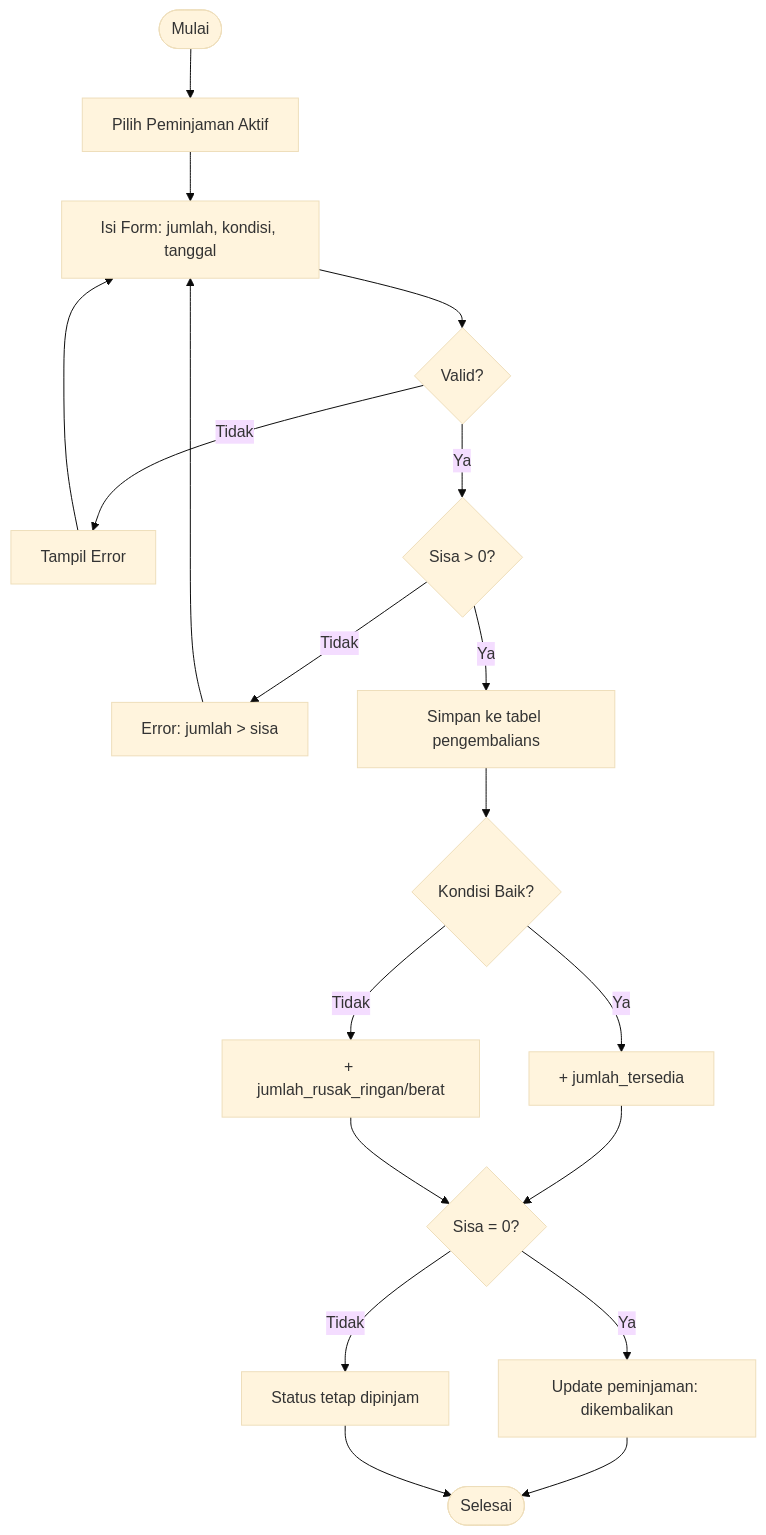
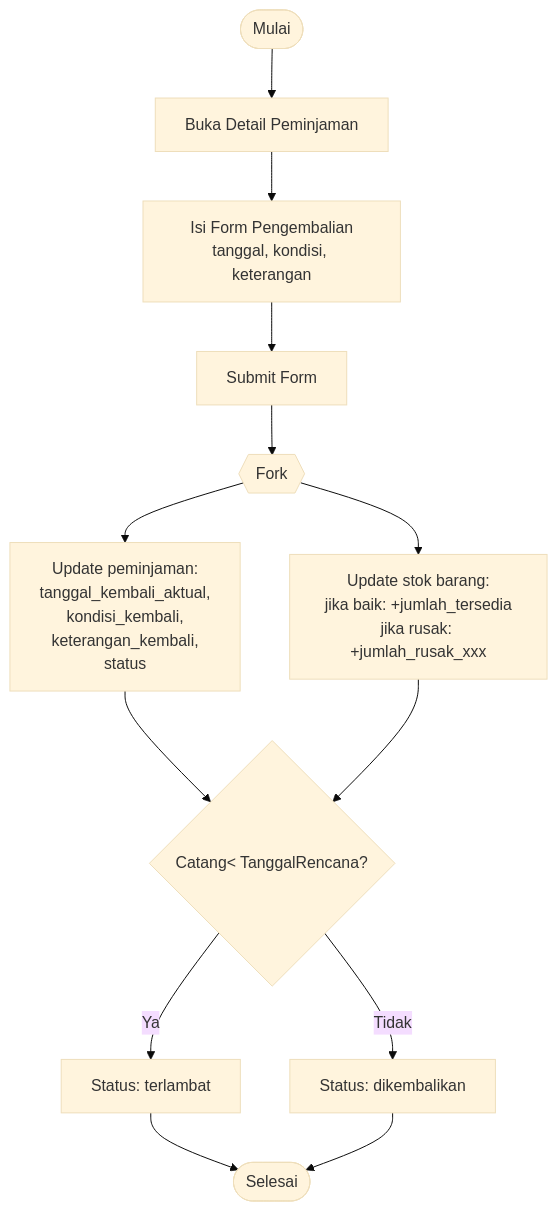
Before and after one commit to aikogansduniaakhirat/inventaris-barang: the fourth of 7 diagrams in docs/ERD_AND_DIAGRAMS.md, drawn with Mermaid (base theme). The commit also changed other lines of this file and 1 other file, not shown here.

````diff
--- a/docs/ERD_AND_DIAGRAMS.md
+++ b/docs/ERD_AND_DIAGRAMS.md
@@ -152,20 +200,15 @@
 ```mermaid
 flowchart TD
-    Start([Mulai]) --> PilihPeminjaman[Pilih Peminjaman Aktif]
-    PilihPeminjaman --> IsiForm[Isi Form: jumlah, kondisi, tanggal]
-    IsiForm --> Validasi{Valid?}
-    Validasi -->|Tidak| FormErr[Tampil Error] --> IsiForm
-    Validasi -->|Ya| CekSisa{Sisa > 0?}
-    CekSisa -->|Tidak| ErrStok[Error: jumlah > sisa] --> IsiForm
-    CekSisa -->|Ya| Simpan[Simpan ke tabel pengembalians]
-    Simpan --> UpdateBarang{Kondisi Baik?}
-    UpdateBarang -->|Ya| IncBaik[+ jumlah_tersedia]
-    UpdateBarang -->|Tidak| IncRusak[+ jumlah_rusak_ringan/berat]
-    IncBaik --> CekStatus
-    IncRusak --> CekStatus
-    CekStatus{Sisa = 0?}
-    CekStatus -->|Ya| StatusKembali[Update peminjaman: dikembalikan]
-    CekStatus -->|Tidak| StatusTetap[Status tetap dipinjam]
-    StatusKembali --> Selesai([Selesai])
-    StatusTetap --> Selesai
+    Start([Mulai]) --> BukaDetail[Buka Detail Peminjaman]
+    BukaDetail --> IsiForm[Isi Form Pengembalian<br/>tanggal, kondisi, keterangan]
+    IsiForm --> Submit[Submit Form]
+    Submit --> Fork{{Fork}}
+    Fork --> Simpan[Update peminjaman:<br/>tanggal_kembali_aktual,<br/>kondisi_kembali,<br/>keterangan_kembali,<br/>status]
+    Fork --> UpdateStok[Update stok barang:<br/>jika baik: +jumlah_tersedia<br/>jika rusak: +jumlah_rusak_xxx]
+    Simpan --> CekTelat{Catang< TanggalRencana?}
+    UpdateStok --> CekTelat
+    CekTelat -->|Ya| StatusTelat[Status: terlambat]
+    CekTelat -->|Tidak| StatusBaik[Status: dikembalikan]
+    StatusTelat --> Selesai([Selesai])
+    StatusBaik --> Selesai
 ```
````
